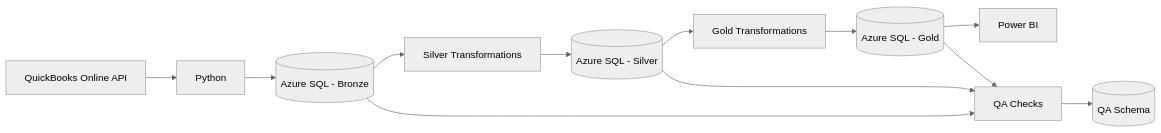
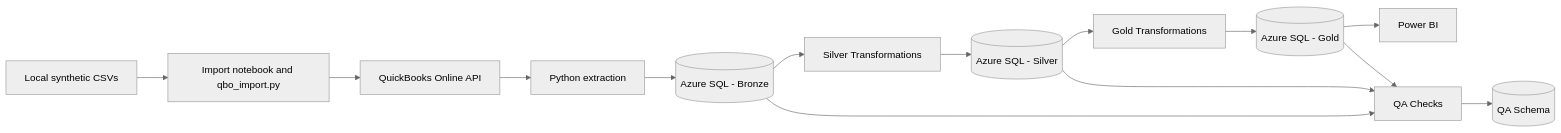
One commit to keraban-rocha/quickbooks-pipeline changed the diagram in README.md. Above: the diagram before and after it, drawn with Mermaid (neutral theme). The commit also changed other lines of this file and 3 other files, not shown here.

Commit message:
Created pipeline to import chart of accounts, journal entries and customer data to QBO

````diff
--- a/README.md
+++ b/README.md
@@ -9,15 +9,17 @@
 ```mermaid
 flowchart LR
-    A[QuickBooks Online API] --> B[Python]
+    CSV[Local synthetic CSVs] --> Import[Import notebook and qbo_import.py]
+    Import --> A[QuickBooks Online API]
+    A --> B[Python extraction]
     B --> C[(Azure SQL - Bronze)]
     C --> D[Silver Transformations]
     D --> E[(Azure SQL - Silver)]
     E --> F[Gold Transformations]
     F --> G[(Azure SQL - Gold)]
     G --> H[Power BI]
 
     C --> I[QA Checks]
     E --> I
     G --> I
     I --> J[(QA Schema)]
 ```
````
